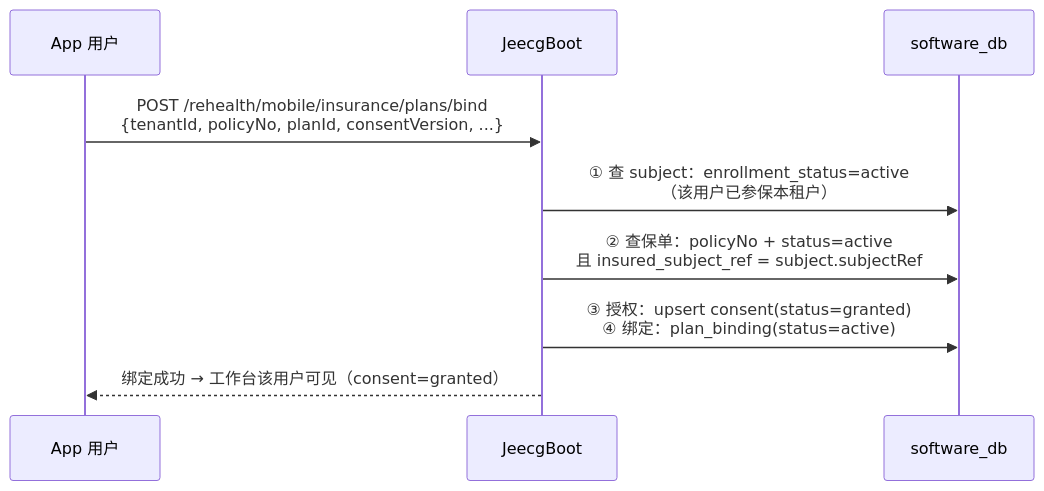
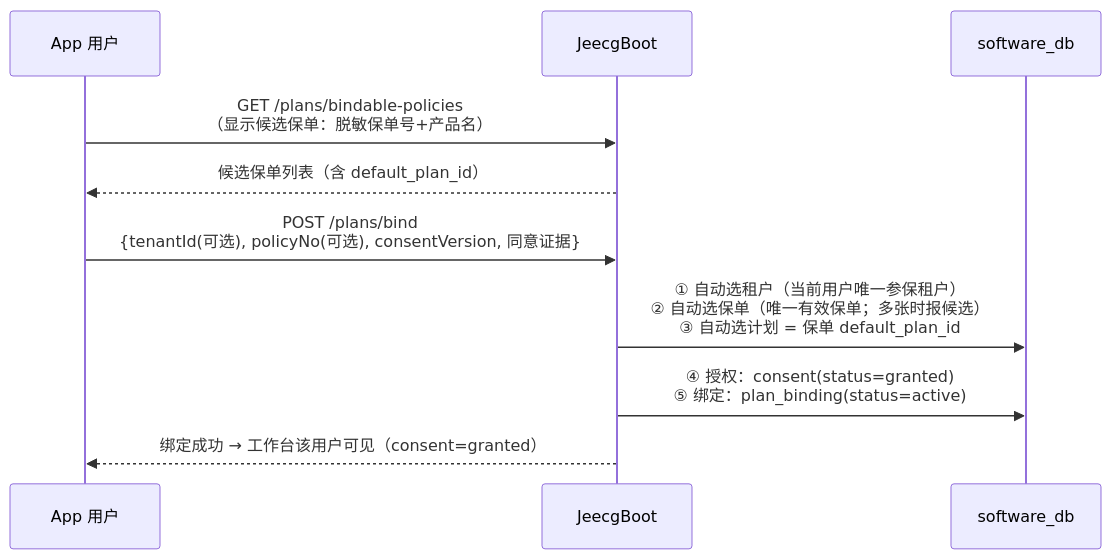
The fourth of 5 diagrams in docs/保险侧保单数据设计.md (wjmlong/rehealth_tongbu), drawn with Mermaid before and after one commit. The commit also changed other lines of this file and 15 other files, not shown here.

First line of the commit message:
feat(insurance): zero-input one-tap plan binding with insurer-assigned default plan

````diff
--- a/docs/保险侧保单数据设计.md
+++ b/docs/保险侧保单数据设计.md
@@ -116,11 +117,12 @@
 ```mermaid
 sequenceDiagram
     participant APP as App 用户
     participant JEE as JeecgBoot
     participant DB as software_db
-    APP->>JEE: POST /rehealth/mobile/insurance/plans/bind<br>{tenantId, policyNo, planId, consentVersion, ...}
-    JEE->>DB: ① 查 subject：enrollment_status=active<br>（该用户已参保本租户）
-    JEE->>DB: ② 查保单：policyNo + status=active<br>且 insured_subject_ref = subject.subjectRef
-    JEE->>DB: ③ 授权：upsert consent(status=granted)<br>④ 绑定：plan_binding(status=active)
+    APP->>JEE: GET /plans/bindable-policies<br>（显示候选保单：脱敏保单号+产品名）
+    JEE-->>APP: 候选保单列表（含 default_plan_id）
+    APP->>JEE: POST /plans/bind<br>{tenantId(可选), policyNo(可选), consentVersion, 同意证据}
+    JEE->>DB: ① 自动选租户（当前用户唯一参保租户）<br>② 自动选保单（唯一有效保单；多张时报候选）<br>③ 自动选计划 = 保单 default_plan_id
+    JEE->>DB: ④ 授权：consent(status=granted)<br>⑤ 绑定：plan_binding(status=active)
     JEE-->>APP: 绑定成功 → 工作台该用户可见（consent=granted）
 ```
````
